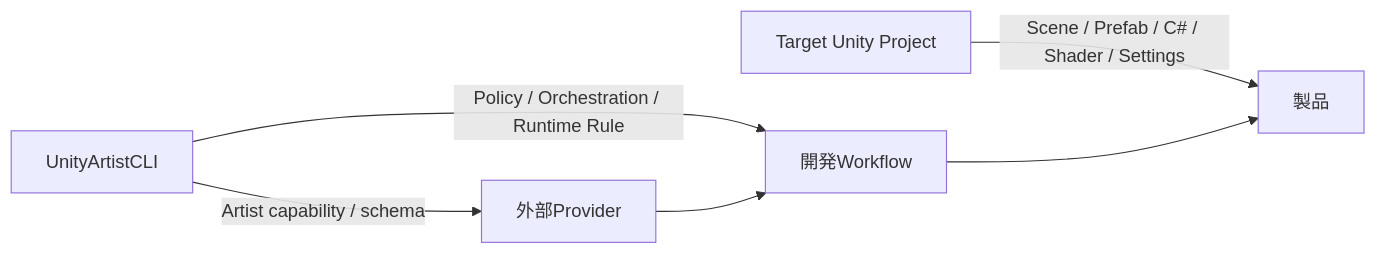
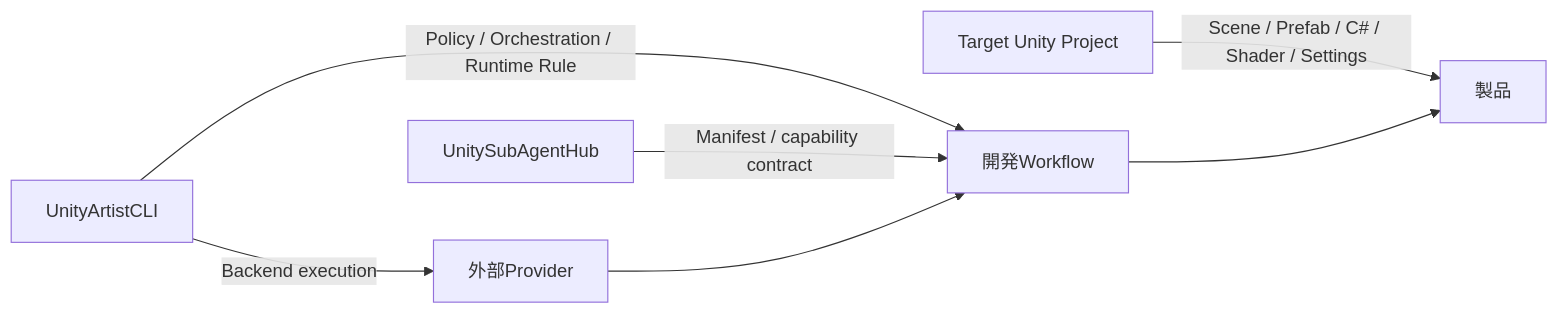
Before and after one commit to DarumaPPAP/UnityAgent: the first of 4 diagrams in docs/local-project-development.md, drawn with Mermaid. The commit also changed other lines of this file and 8 other files, not shown here.

Commit message:
Align UnityAgent setup and Artist integration references

````diff
--- a/docs/local-project-development.md
+++ b/docs/local-project-development.md
@@ -148,8 +148,9 @@
 ```mermaid
 flowchart LR
     A[UnityAgent] -->|Policy / Orchestration / Runtime Rule| W[開発Workflow]
     P[Target Unity Project] -->|Scene / Prefab / C# / Shader / Settings| PRODUCT[製品]
-    A[UnityArtistCLI] -->|Artist capability / schema| TOOL[外部Provider]
+    H[UnitySubAgentHub] -->|Manifest / capability contract| W
+    A[UnityArtistCLI] -->|Backend execution| TOOL[外部Provider]
     W --> PRODUCT
     TOOL --> W
 ```
````
